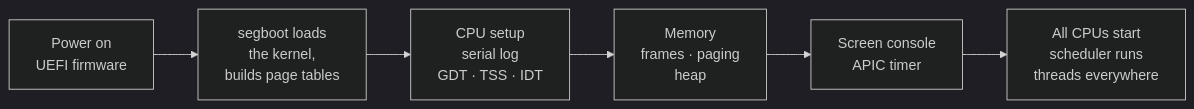
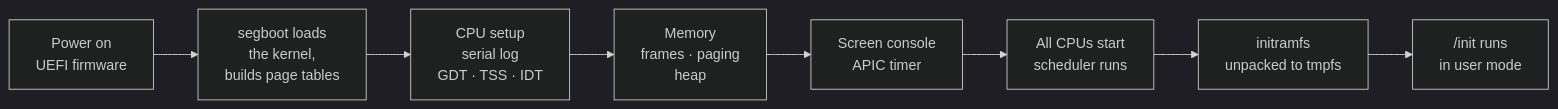
Before and after one commit to SegMind25/SegOS: the second of 5 diagrams in README.md, drawn with Mermaid (dark theme). The commit also changed other lines of this file and 50 other files, not shown here.

````diff
--- a/README.md
+++ b/README.md
@@ -55,8 +60,10 @@
 ```mermaid
 flowchart LR
     A["Power on<br/>UEFI firmware"] --> B["segboot loads<br/>the kernel,<br/>builds page tables"]
     B --> C["CPU setup<br/>serial log<br/>GDT · TSS · IDT"]
     C --> D["Memory<br/>frames · paging<br/>heap"]
     D --> E["Screen console<br/>APIC timer"]
-    E --> F["All CPUs start<br/>scheduler runs<br/>threads everywhere"]
+    E --> F["All CPUs start<br/>scheduler runs"]
+    F --> G["initramfs<br/>unpacked to tmpfs"]
+    G --> H["/init runs<br/>in user mode"]
 ```
````
